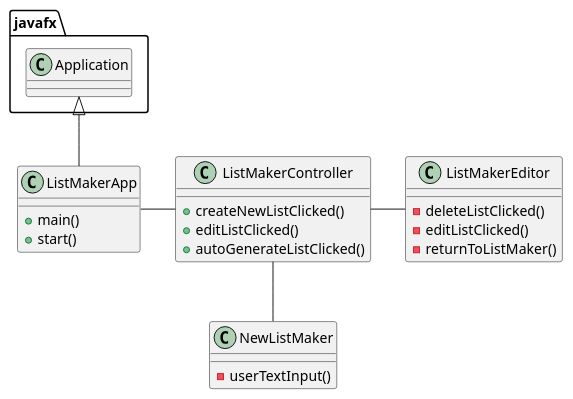
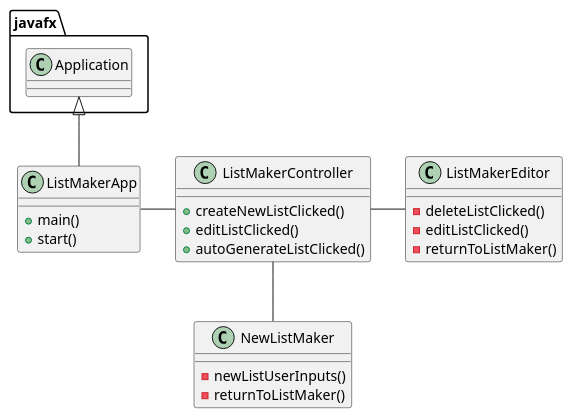
One commit to Ivedent-Lloyd-III/lloyd-cop3330-assignment4 changed the diagram in uml/ListMaker.puml. Above: the diagram before and after it, drawn with PlantUML. The commit also changed 3 other files, not shown here.

```diff
--- a/uml/ListMaker.puml
+++ b/uml/ListMaker.puml
@@ -1,30 +1,31 @@
 @startuml
 'https://plantuml.com/class-diagram
 
 class ListMakerApp {
     +main()
     +start()
 }
 
 class ListMakerController {
     +createNewListClicked()
     +editListClicked()
     +autoGenerateListClicked()
 }
 
 class NewListMaker {
-    -userTextInput()
+    -newListUserInputs()
+    -returnToListMaker()
 }
 
 class ListMakerEditor {
     -deleteListClicked()
     -editListClicked()
     -returnToListMaker()
 }
 
 ListMakerController - ListMakerEditor
 ListMakerController -- NewListMaker
 ListMakerApp - ListMakerController
 javafx.Application <|-- ListMakerApp
 
 @enduml
```
